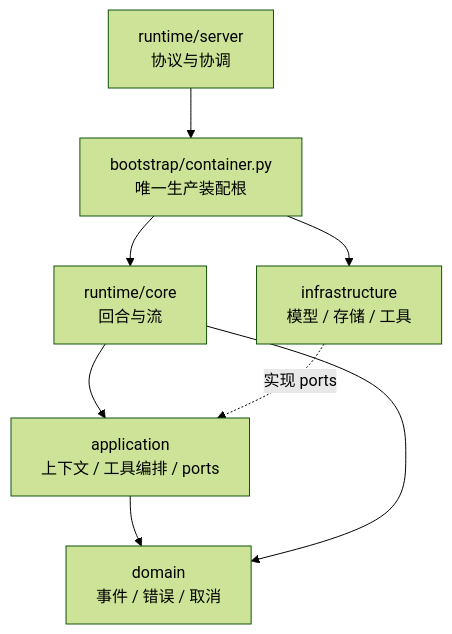
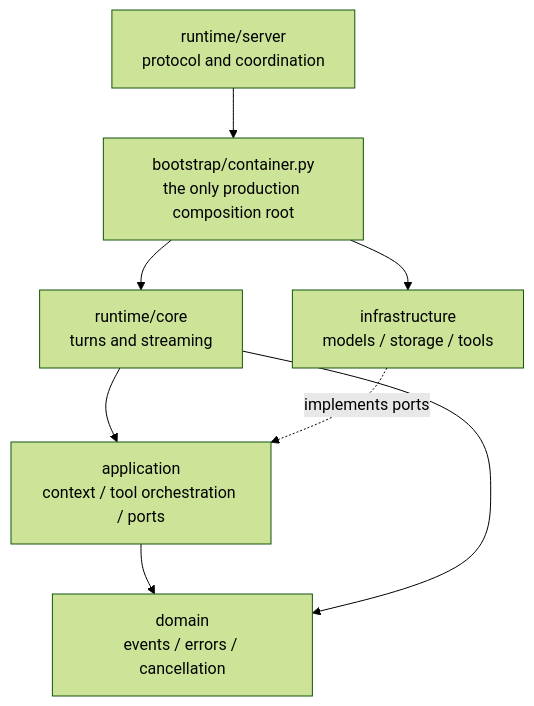
One commit to Azzurroooo/rind changed the diagram in docs/internals/00-architecture/layers-and-composition.md. Above: the diagram before and after it, drawn with Mermaid (forest theme). The commit also changed other lines of this file and 109 other files, not shown here.

```diff
--- a/docs/internals/00-architecture/layers-and-composition.md
+++ b/docs/internals/00-architecture/layers-and-composition.md
@@ -5,10 +7,10 @@
 ~~~mermaid
 flowchart TB
-    S["runtime/server<br/>协议与协调"] --> B["bootstrap/container.py<br/>唯一生产装配根"]
-    B --> C["runtime/core<br/>回合与流"]
-    B --> I["infrastructure<br/>模型 / 存储 / 工具"]
-    C --> A["application<br/>上下文 / 工具编排 / ports"]
-    A --> D["domain<br/>事件 / 错误 / 取消"]
+    S["runtime/server<br/>protocol and coordination"] --> B["bootstrap/container.py<br/>the only production composition root"]
+    B --> C["runtime/core<br/>turns and streaming"]
+    B --> I["infrastructure<br/>models / storage / tools"]
+    C --> A["application<br/>context / tool orchestration / ports"]
+    A --> D["domain<br/>events / errors / cancellation"]
     C --> D
-    I -. "实现 ports" .-> A
+    I -. "implements ports" .-> A
 ~~~
```
